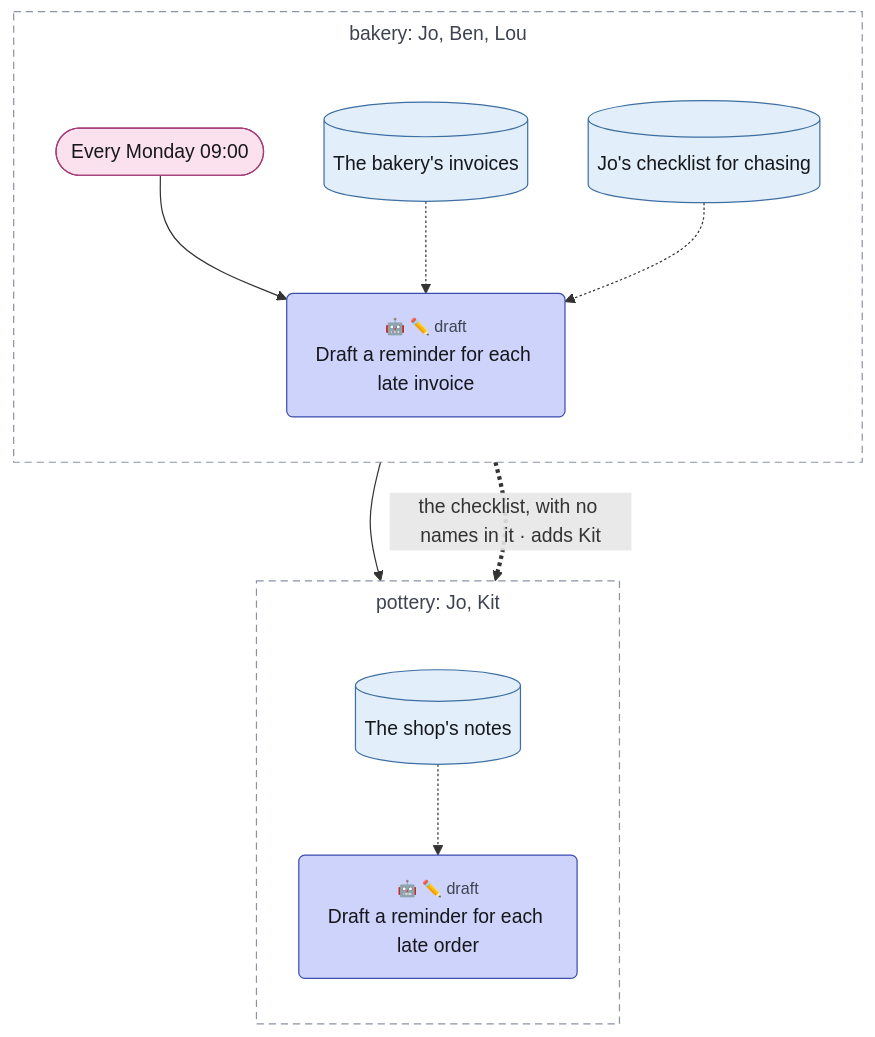
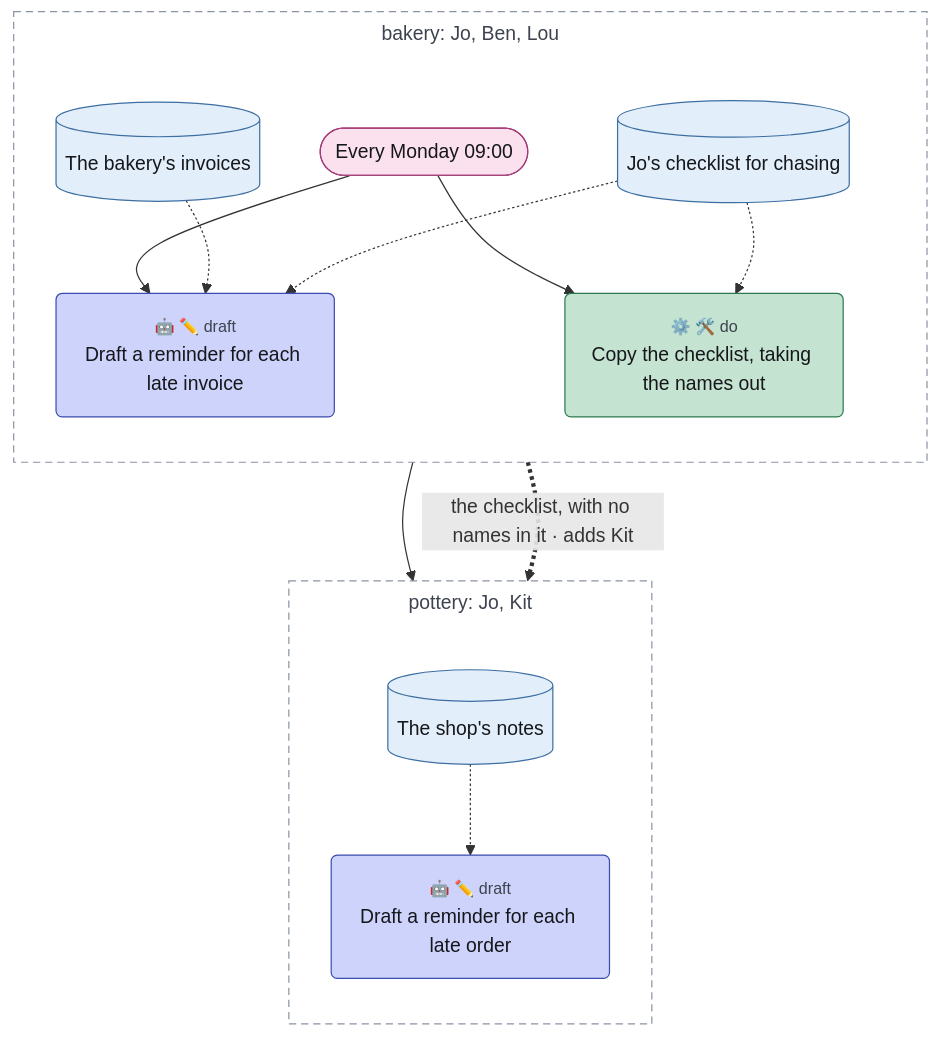
Before and after one commit to chrismdp/awml: the diagram in examples/tour/05-side-by-side.mmd, drawn with Mermaid. The commit also changed 81 other files, not shown here.

```diff
--- a/examples/tour/05-side-by-side.mmd
+++ b/examples/tour/05-side-by-side.mmd
@@ -1,45 +1,49 @@
 ---
 config:
   theme: default
   fontFamily: Inter, sans-serif
   flowchart:
     useMaxWidth: false
     subGraphTitleMargin:
       top: 6
       bottom: 30
 ---
 flowchart TB
   subgraph bakery["bakery#58; Jo#44; Ben#44; Lou"]
     direction TB
     monday(["Every Monday 09#58;00"])
     invoices[("The bakery#39;s invoices")]
     checklist[("Jo#39;s checklist for chasing")]
     chase("<small style='color:rgb(61,67,79)'>🤖 ✏️ draft</small><br>Draft a reminder for each late invoice")
+    copy("<small style='color:rgb(61,67,79)'>⚙️ 🛠️ do</small><br>Copy the checklist#44; taking the names out")
   end
   subgraph pottery["pottery#58; Jo#44; Kit"]
     direction TB
     shop_notes[("The shop#39;s notes")]
     remind("<small style='color:rgb(61,67,79)'>🤖 ✏️ draft</small><br>Draft a reminder for each late order")
   end
 
   monday --> chase
+  monday --> copy
   monday --> remind
   invoices -.-> chase
   checklist -.-> chase
-  checklist ==>|"the checklist#44; with no names in it · adds Kit"| shop_notes
+  checklist -.-> copy
+  copy ==>|"the checklist#44; with no names in it · adds Kit"| shop_notes
   shop_notes -.-> remind
   classDef trig fill:#fbe1ee,stroke:#a33a74,color:#16171b
   classDef ctx fill:#e2eef9,stroke:#3d6fa3,color:#16171b
   classDef con fill:#eceef2,stroke:#5d6472,color:#16171b
   classDef surf fill:#ffffff,stroke:#2a2d35,stroke-width:1.5px,color:#16171b
   classDef out fill:#fde4dc,stroke:#b5532f,color:#16171b
   classDef ai fill:#cdd3fb,stroke:#3b4bb0,color:#16171b
   classDef code fill:#c4e3d1,stroke:#2b7a4f,color:#16171b
   classDef person fill:#f7d79a,stroke:#9a6100,color:#16171b
   classDef gap fill:#ffffff,stroke:#8a93a3,stroke-dasharray:4 3,color:#6b7280
   class monday trig
   class invoices,checklist,shop_notes ctx
   class chase,remind ai
+  class copy code
   style bakery fill:transparent,stroke:#8a93a3,stroke-dasharray:6 4,color:#3d434f
   style pottery fill:transparent,stroke:#8a93a3,stroke-dasharray:6 4,color:#3d434f
-  linkStyle 4 stroke-dasharray:3
+  linkStyle 6 stroke-dasharray:3
```
